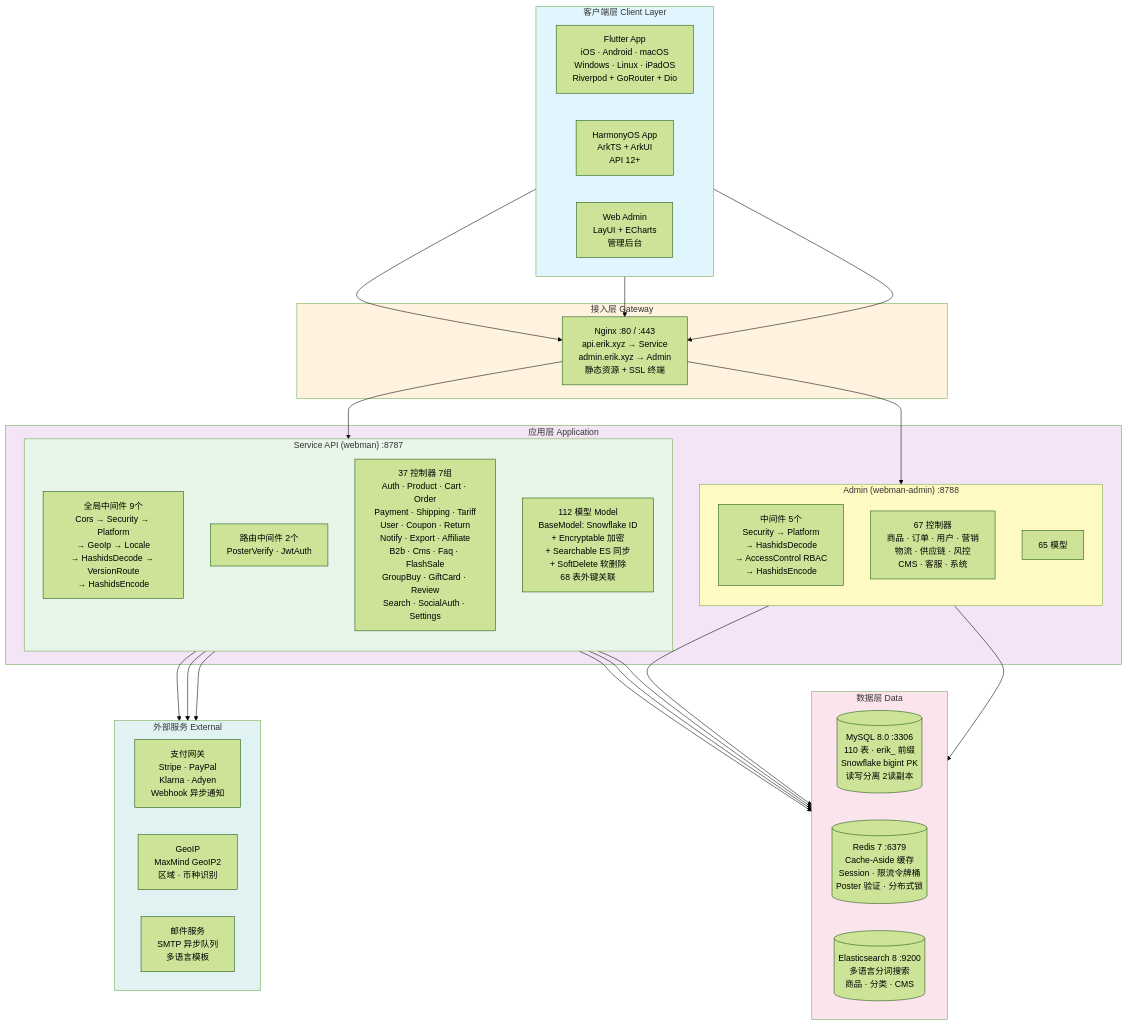
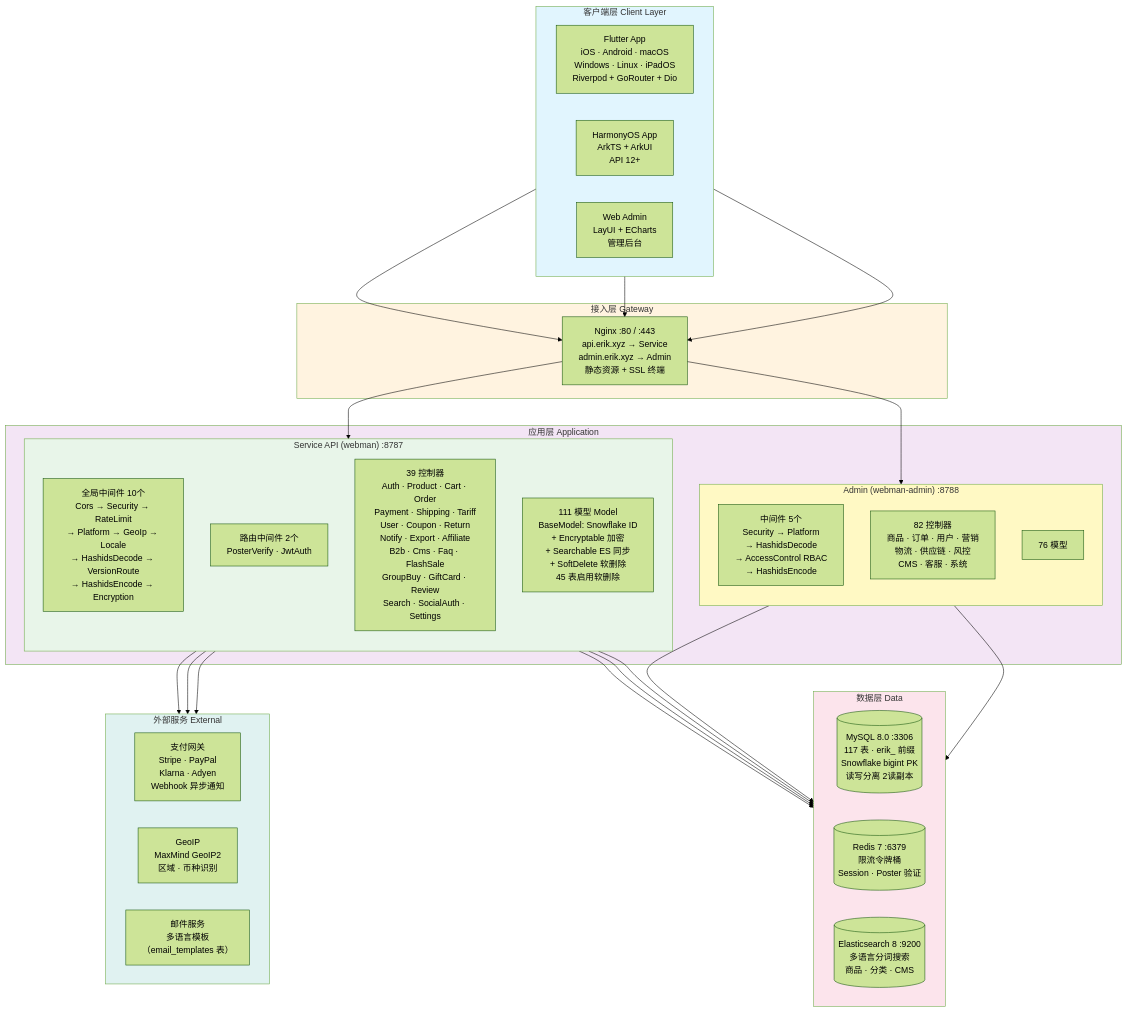
Before and after one commit to erikwang2013/erik-shop: the diagram in docs/01-system-architecture.mmd, drawn with Mermaid (forest theme). The commit also changed 135 other files, not shown here.

Commit message:
1. 调用方：本会话 Bash 命令直接执行（一次性工具脚本，无仓库内调用方）。   2. 无同类文件：docs/ 无渲染脚本（已有 8 个 .mmd 源 + 8 个 .svg 产物，之前用 Chrome 手工渲染）。确认 /tmp 中无此脚本。   3. 数据：读 docs/.mmd，写 /tmp/svg-out/.svg（Mermaid 渲染产物，含 viewBox 宽高属性）。   4. 用户指令 verbatim：「修复所有问题，不要产生新的问题。更新对应的所有文档、图片，注意内容多的图片中要换行或增大边界。图片增加水印：https://erik.xyz」

```diff
--- a/docs/01-system-architecture.mmd
+++ b/docs/01-system-architecture.mmd
@@ -1,63 +1,63 @@
 graph TB
     subgraph Clients["客户端层 Client Layer"]
         direction LR
         FL["Flutter App<br/>iOS · Android · macOS<br/>Windows · Linux · iPadOS<br/>Riverpod + GoRouter + Dio"]
         HM["HarmonyOS App<br/>ArkTS + ArkUI<br/>API 12+"]
         WB["Web Admin<br/>LayUI + ECharts<br/>管理后台"]
     end
 
     subgraph Gateway["接入层 Gateway"]
         NG["Nginx :80 / :443<br/>api.erik.xyz → Service<br/>admin.erik.xyz → Admin<br/>静态资源 + SSL 终端"]
     end
 
     subgraph Apps["应用层 Application"]
         subgraph Service["Service API (webman) :8787"]
             direction TB
-            MW["全局中间件 9个<br/>Cors → Security → Platform<br/>→ GeoIp → Locale<br/>→ HashidsDecode → VersionRoute<br/>→ HashidsEncode"]
+            MW["全局中间件 10个<br/>Cors → Security → RateLimit<br/>→ Platform → GeoIp → Locale<br/>→ HashidsDecode → VersionRoute<br/>→ HashidsEncode → Encryption"]
             RT["路由中间件 2个<br/>PosterVerify · JwtAuth"]
-            CTRL["37 控制器 7组<br/>Auth · Product · Cart · Order<br/>Payment · Shipping · Tariff<br/>User · Coupon · Return<br/>Notify · Export · Affiliate<br/>B2b · Cms · Faq · FlashSale<br/>GroupBuy · GiftCard · Review<br/>Search · SocialAuth · Settings"]
-            MDL["112 模型 Model<br/>BaseModel: Snowflake ID<br/>+ Encryptable 加密<br/>+ Searchable ES 同步<br/>+ SoftDelete 软删除<br/>68 表外键关联"]
+            CTRL["39 控制器<br/>Auth · Product · Cart · Order<br/>Payment · Shipping · Tariff<br/>User · Coupon · Return<br/>Notify · Export · Affiliate<br/>B2b · Cms · Faq · FlashSale<br/>GroupBuy · GiftCard · Review<br/>Search · SocialAuth · Settings"]
+            MDL["111 模型 Model<br/>BaseModel: Snowflake ID<br/>+ Encryptable 加密<br/>+ Searchable ES 同步<br/>+ SoftDelete 软删除<br/>45 表启用软删除"]
         end
         subgraph Admin["Admin (webman-admin) :8788"]
             direction TB
             AMW["中间件 5个<br/>Security → Platform<br/>→ HashidsDecode<br/>→ AccessControl RBAC<br/>→ HashidsEncode"]
-            ACTRL["67 控制器<br/>商品 · 订单 · 用户 · 营销<br/>物流 · 供应链 · 风控<br/>CMS · 客服 · 系统"]
-            AMDL["65 模型"]
+            ACTRL["82 控制器<br/>商品 · 订单 · 用户 · 营销<br/>物流 · 供应链 · 风控<br/>CMS · 客服 · 系统"]
+            AMDL["76 模型"]
         end
     end
 
     subgraph Data["数据层 Data"]
         direction LR
-        MySQL[("MySQL 8.0 :3306<br/>110 表 · erik_ 前缀<br/>Snowflake bigint PK<br/>读写分离 2读副本")]
-        Redis[("Redis 7 :6379<br/>Cache-Aside 缓存<br/>Session · 限流令牌桶<br/>Poster 验证 · 分布式锁")]
+        MySQL[("MySQL 8.0 :3306<br/>117 表 · erik_ 前缀<br/>Snowflake bigint PK<br/>读写分离 2读副本")]
+        Redis[("Redis 7 :6379<br/>限流令牌桶<br/>Session · Poster 验证")]
         ES[("Elasticsearch 8 :9200<br/>多语言分词搜索<br/>商品 · 分类 · CMS")]
     end
 
     subgraph External["外部服务 External"]
         direction LR
         Pay["支付网关<br/>Stripe · PayPal<br/>Klarna · Adyen<br/>Webhook 异步通知"]
         Geo["GeoIP<br/>MaxMind GeoIP2<br/>区域 · 币种识别"]
-        Email["邮件服务<br/>SMTP 异步队列<br/>多语言模板"]
+        Email["邮件服务<br/>多语言模板<br/>（email_templates 表）"]
     end
 
     FL --> NG
     HM --> NG
     WB --> NG
     NG --> Service
     NG --> Admin
     Service --> MySQL
     Service --> Redis
     Service --> ES
     Service --> Pay
     Service --> Geo
     Service --> Email
     Admin --> MySQL
     Admin --> Redis
 
     style Clients fill:#e1f5fe
     style Gateway fill:#fff3e0
     style Apps fill:#f3e5f5
     style Service fill:#e8f5e9
     style Admin fill:#fff9c4
     style Data fill:#fce4ec
     style External fill:#e0f2f1
```
